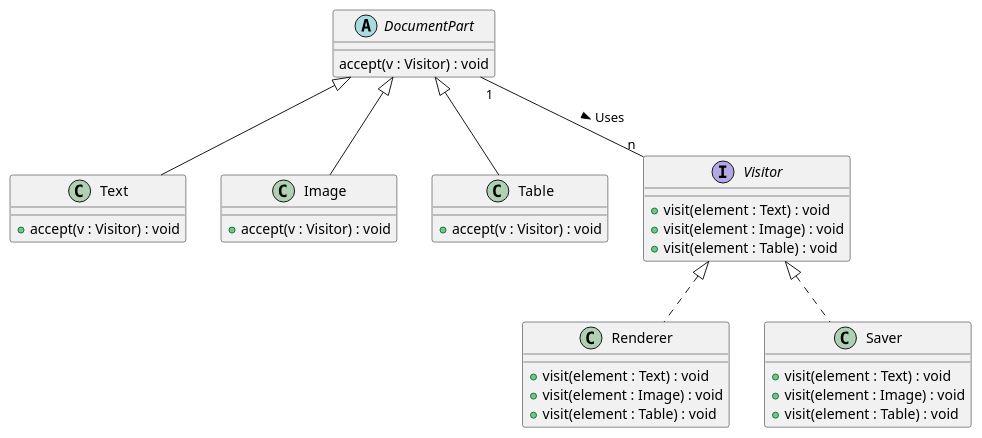
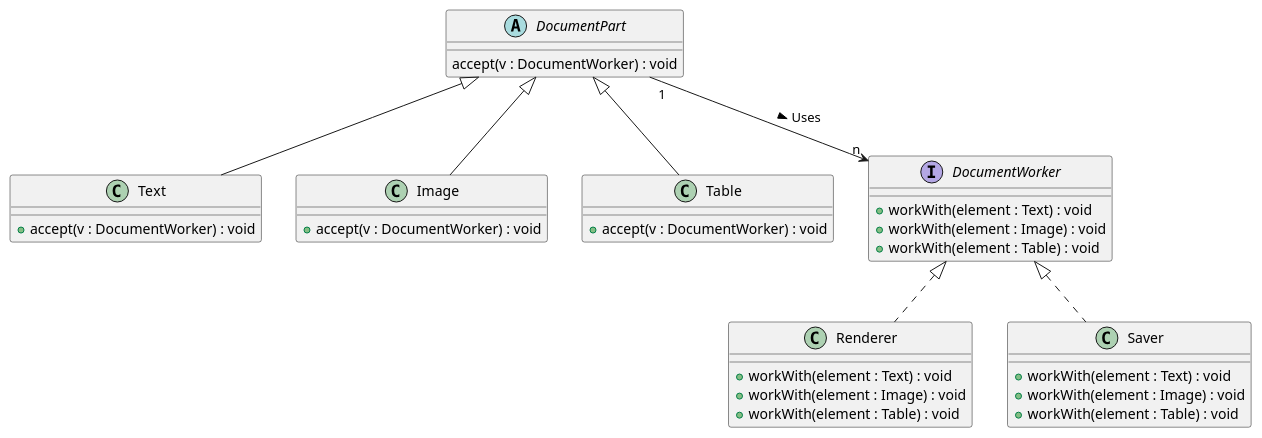
One commit to Dungeon-CampusMinden/Dungeon changed the diagram in dojo-dungeon/todo-assets/Fragen_Pattern/UML_Klassendiagramm7_source.pu. Above: the diagram before and after it, drawn with PlantUML. The commit also changed 1 other file, not shown here.

Commit message:
modified:   dojo-dungeon/todo-assets/Fragen_Pattern/UML_Klassendiagramm7.png (names fixed) modified:   dojo-dungeon/todo-assets/Fragen_Pattern/UML_Klassendiagramm7_source.pu (names fixed)

```diff
--- a/dojo-dungeon/todo-assets/Fragen_Pattern/UML_Klassendiagramm7_source.pu
+++ b/dojo-dungeon/todo-assets/Fragen_Pattern/UML_Klassendiagramm7_source.pu
@@ -1,39 +1,39 @@
 @startuml UML_Klassendiagramm7.png
-' Abstrakte Element-Klasse
+' Abstrakte Klassen
 abstract class DocumentPart {
-    accept(v : Visitor) : void
+    accept(v : DocumentWorker) : void
 }
 
-' Konkrete Element-Klassen
+' Konkrete Klassen
 class Text extends DocumentPart {
-    +accept(v : Visitor) : void
+    +accept(v : DocumentWorker) : void
 }
 class Image extends DocumentPart {
-    +accept(v : Visitor) : void
+    +accept(v : DocumentWorker) : void
 }
 class Table extends DocumentPart {
-    +accept(v : Visitor) : void
+    +accept(v : DocumentWorker) : void
 }
 
-' Abstrakte Visitor-Klasse
-interface Visitor {
-    +visit(element : Text) : void
-    +visit(element : Image) : void
-    +visit(element : Table) : void
+' Interface Klassen
+interface DocumentWorker {
+    +workWith(element : Text) : void
+    +workWith(element : Image) : void
+    +workWith(element : Table) : void
 }
 
-' Konkrete Visitor-Klassen
-class Renderer implements Visitor {
-    +visit(element : Text) : void
-    +visit(element : Image) : void
-    +visit(element : Table) : void
+' Konkrete Klassen
+class Renderer implements DocumentWorker {
+    +workWith(element : Text) : void
+    +workWith(element : Image) : void
+    +workWith(element : Table) : void
 }
-class Saver implements Visitor {
-    +visit(element : Text) : void
-    +visit(element : Image) : void
-    +visit(element : Table) : void
+class Saver implements DocumentWorker {
+    +workWith(element : Text) : void
+    +workWith(element : Image) : void
+    +workWith(element : Table) : void
 }
 
-' Beziehungen
-DocumentPart "1" -- "n" Visitor : > Uses
+' Assoziationen
+DocumentPart "1" --> "n" DocumentWorker : > Uses
 @enduml
```
